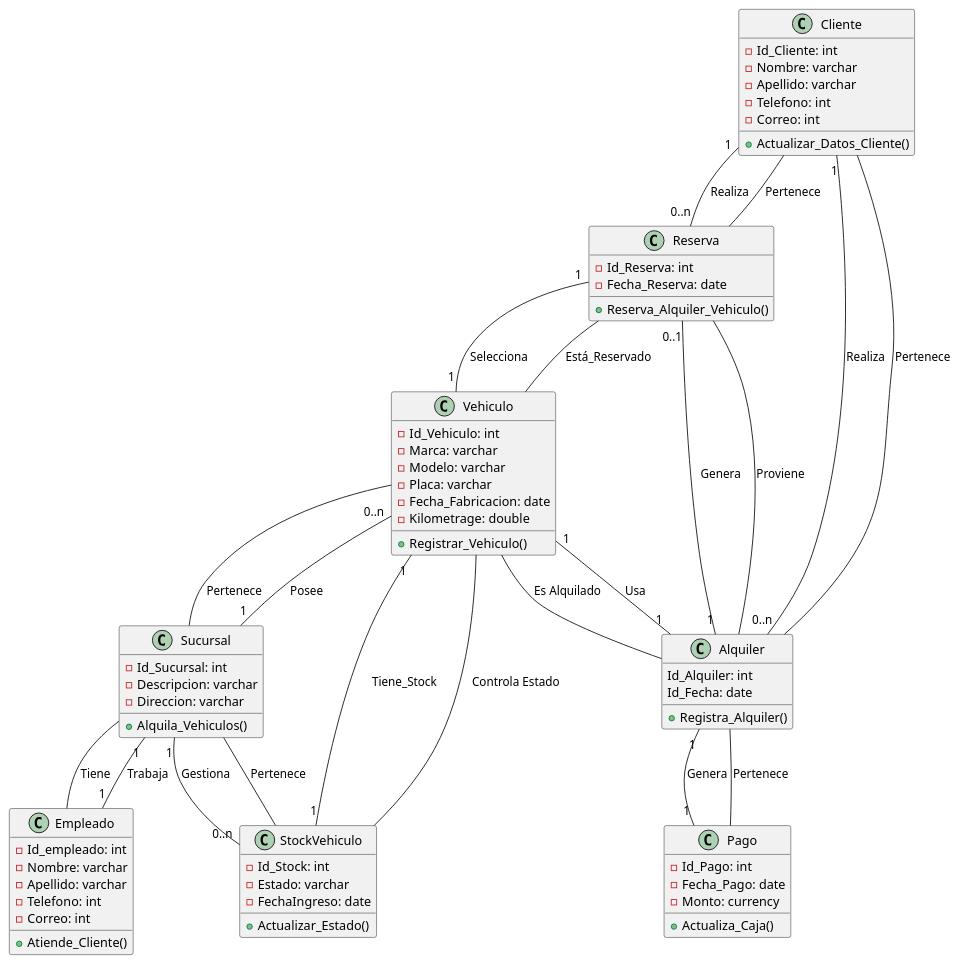
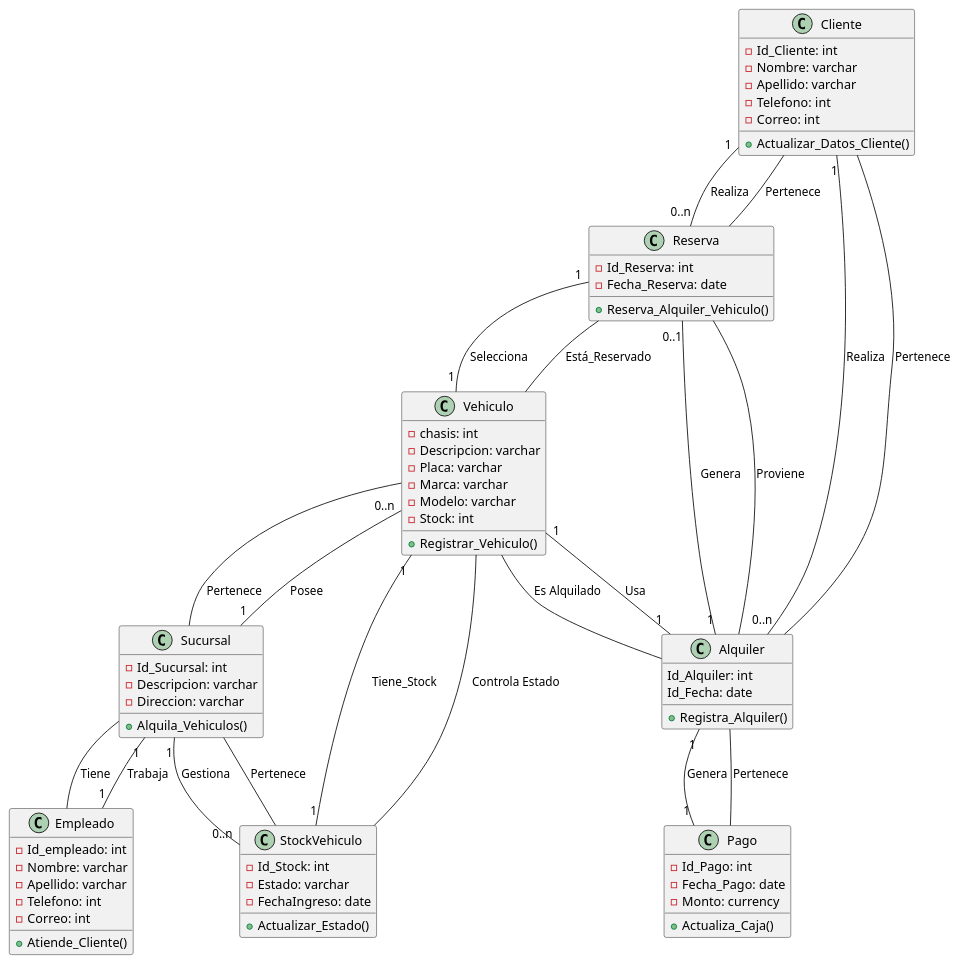
One commit to Gianfranco-sudo/autorent changed the diagram in src/main/java/DiagramaClasesAuorent.puml. Above: the diagram before and after it, drawn with PlantUML. The commit also changed 2 other files, not shown here.

```diff
--- a/src/main/java/DiagramaClasesAuorent.puml
+++ b/src/main/java/DiagramaClasesAuorent.puml
@@ -1,98 +1,98 @@
 @startuml
 
 class Cliente{
 -Id_Cliente: int
 -Nombre: varchar
 -Apellido: varchar
 -Telefono: int
 -Correo: int
 +Actualizar_Datos_Cliente()
 }
 
 class Vehiculo{
--Id_Vehiculo: int
+-chasis: int
+-Descripcion: varchar
+-Placa: varchar
 -Marca: varchar
 -Modelo: varchar
--Placa: varchar
--Fecha_Fabricacion: date
--Kilometrage: double
+-Stock: int
 +Registrar_Vehiculo()
 }
 
 
 class Empleado{
 -Id_empleado: int
 -Nombre: varchar
 -Apellido: varchar
 -Telefono: int
 -Correo: int
 +Atiende_Cliente()
 }
 
 class Sucursal{
 -Id_Sucursal: int 
 -Descripcion: varchar
 - Direccion: varchar
 +Alquila_Vehiculos()
 }
 
 class Pago{
 -Id_Pago: int
 -Fecha_Pago: date
 -Monto: currency
 +Actualiza_Caja()
 }
 
 class Reserva{
 -Id_Reserva: int
 -Fecha_Reserva: date
 +Reserva_Alquiler_Vehiculo()
 }
 class Alquiler{
 Id_Alquiler: int
 Id_Fecha: date
 +Registra_Alquiler()
 }
 
 class StockVehiculo{
 -Id_Stock: int
 -Estado: varchar
 -FechaIngreso: date
 +Actualizar_Estado()
 }
 
 'RELACIONES:
 
 Cliente "1" -- "0..n" Reserva : Realiza
 Cliente -- Reserva: Pertenece
 
 Reserva "1" -- "1" Vehiculo : Selecciona
 Vehiculo -- Reserva : Está_Reservado
 
 Empleado "1" -- "1" Sucursal : Trabaja
 Sucursal -- Empleado : Tiene
 
 Sucursal "1" -- "0..n" Vehiculo : Posee
 Vehiculo -- Sucursal : Pertenece
 
 Reserva "0..1" -- "1" Alquiler : Genera
 Alquiler -- Reserva : Proviene
 
 Cliente "1" -- "0..n" Alquiler : Realiza
 Alquiler -- Cliente : Pertenece
 
 Alquiler "1" -- "1" Vehiculo : Usa
 Vehiculo -- Alquiler : Es Alquilado
 
 Alquiler "1" -- "1" Pago : Genera
 Pago -- Alquiler : Pertenece
 
 Vehiculo "1" -- "1" StockVehiculo : Tiene_Stock
 StockVehiculo -- Vehiculo : Controla Estado
 
 Sucursal "1" -- "0..n" StockVehiculo : Gestiona
 StockVehiculo -- Sucursal : Pertenece
 
 
 
 @enduml
```
